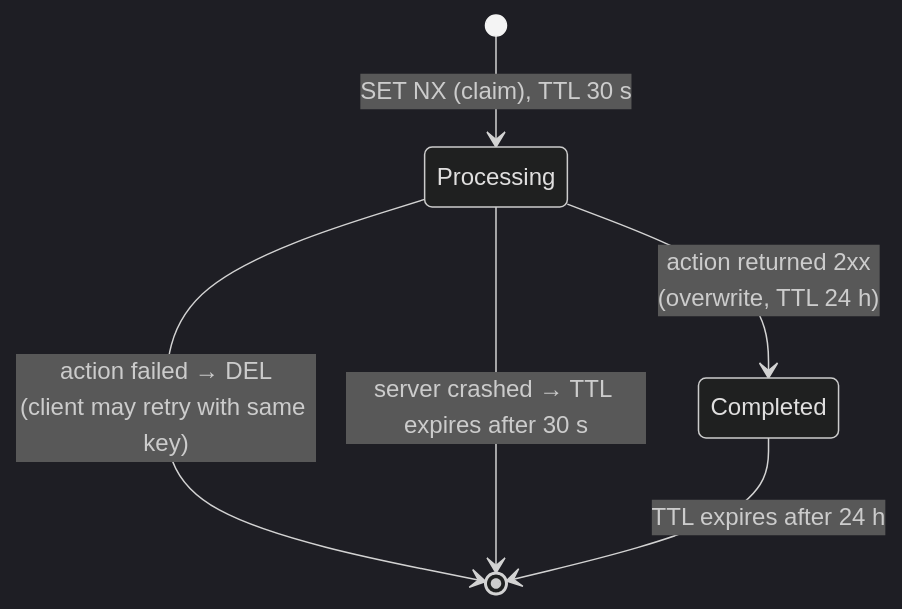
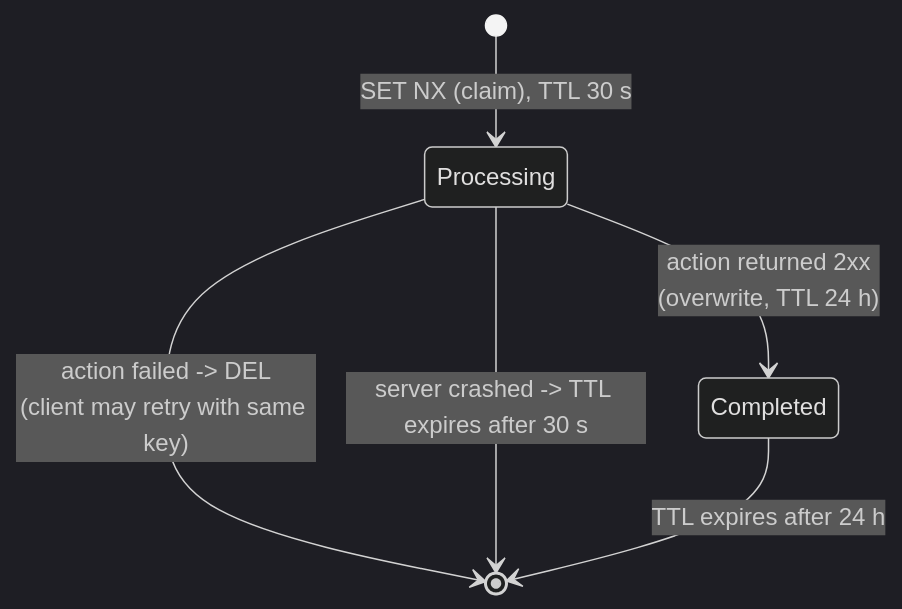
One commit to ring9834/BrewQueue changed the third of 4 diagrams in docs/idempotency.md. Above: the diagram before and after it, drawn with Mermaid (dark theme). The commit also changed other lines of this file and 5 other files, not shown here.

````diff
--- a/docs/idempotency.md
+++ b/docs/idempotency.md
@@ -178,8 +178,8 @@
 ```mermaid
 stateDiagram-v2
     [*] --> Processing: SET NX (claim), TTL 30 s
     Processing --> Completed: action returned 2xx<br/>(overwrite, TTL 24 h)
-    Processing --> [*]: action failed → DEL<br/>(client may retry with same key)
-    Processing --> [*]: server crashed → TTL expires after 30 s
+    Processing --> [*]: action failed -> DEL<br/>(client may retry with same key)
+    Processing --> [*]: server crashed -> TTL expires after 30 s
     Completed --> [*]: TTL expires after 24 h
 ```
````
